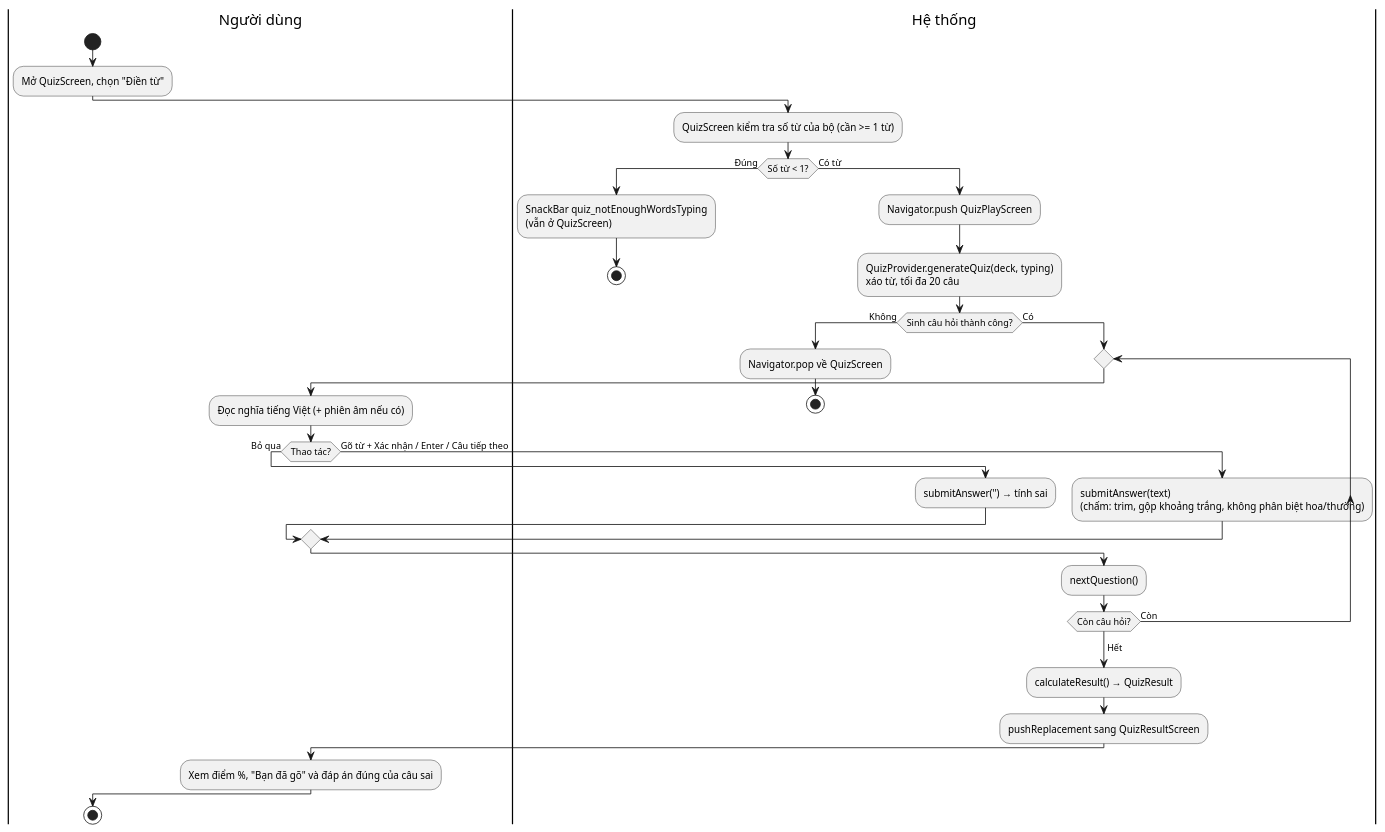
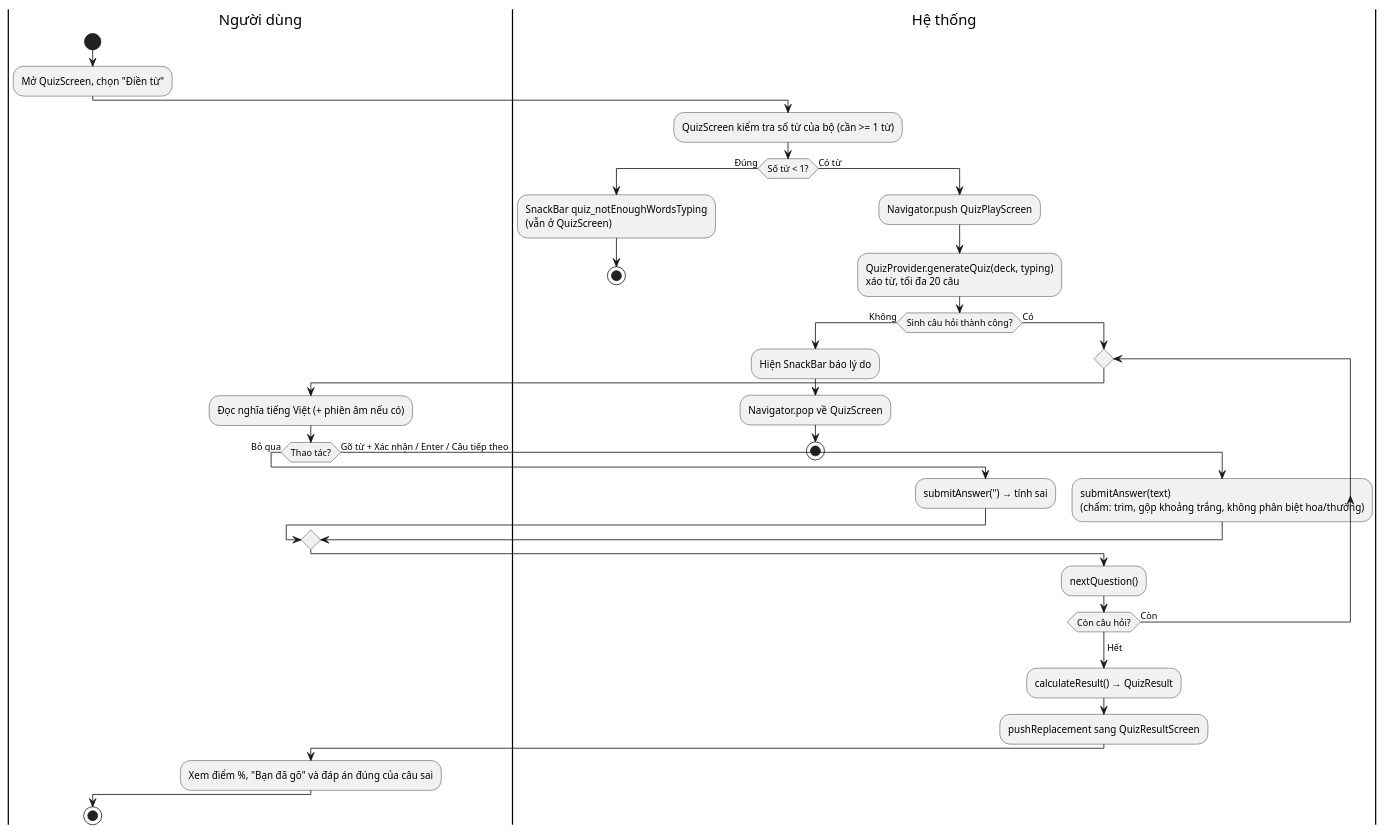
The diagram in docs/activity_quiz_typing.puml (hoang-adu/2026_2027_1_1_LTTBDD_N01_Nhom_2), drawn with PlantUML before and after one commit. The commit also changed 5 other files, not shown here.

```diff
--- a/docs/activity_quiz_typing.puml
+++ b/docs/activity_quiz_typing.puml
@@ -1,39 +1,40 @@
 @startuml
 |Người dùng|
 start
 :Mở QuizScreen, chọn "Điền từ";
 
 |Hệ thống|
 :QuizScreen kiểm tra số từ của bộ (cần >= 1 từ);
 if (Số từ < 1?) then (Đúng)
   :SnackBar quiz_notEnoughWordsTyping\n(vẫn ở QuizScreen);
   stop
 else (Có từ)
   :Navigator.push QuizPlayScreen;
   :QuizProvider.generateQuiz(deck, typing)\nxáo từ, tối đa 20 câu;
   if (Sinh câu hỏi thành công?) then (Không)
+    :Hiện SnackBar báo lý do;
     :Navigator.pop về QuizScreen;
     stop
   else (Có)
     repeat
       |Người dùng|
       :Đọc nghĩa tiếng Việt (+ phiên âm nếu có);
       if (Thao tác?) then (Bỏ qua)
         |Hệ thống|
         :submitAnswer('') → tính sai;
       else (Gõ từ + Xác nhận / Enter / Câu tiếp theo)
         |Hệ thống|
         :submitAnswer(text)\n(chấm: trim, gộp khoảng trắng, không phân biệt hoa/thường);
       endif
       :nextQuestion();
     repeat while (Còn câu hỏi?) is (Còn)
     ->Hết;
     :calculateResult() → QuizResult;
     :pushReplacement sang QuizResultScreen;
 
     |Người dùng|
     :Xem điểm %, "Bạn đã gõ" và đáp án đúng của câu sai;
   endif
 endif
 stop
 @enduml
```
